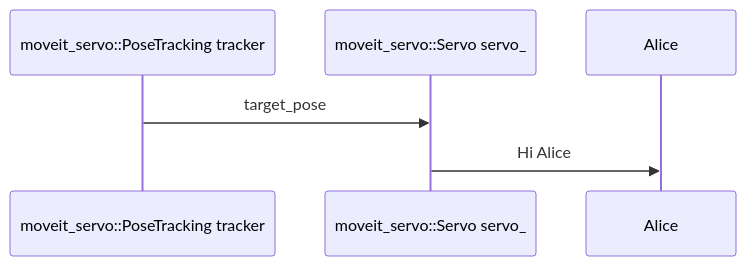
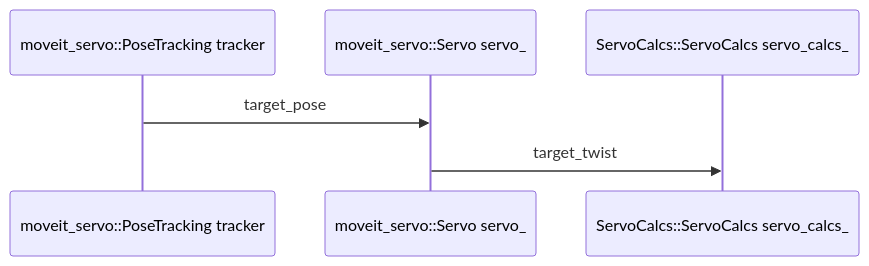
The first of 2 diagrams in docs/day3-4.md (kemjensak/isaac_sim_tutorial), drawn with Mermaid before and after one commit. The commit also changed other lines of this file, not shown here.

````diff
--- a/docs/day3-4.md
+++ b/docs/day3-4.md
@@ -121,8 +121,8 @@
 ```mermaid 
 sequenceDiagram 
 	 participant A as moveit_servo::PoseTracking tracker
 	 participant B as moveit_servo::Servo servo_ 
-	 participant B as moveit_servo::Servo servo_  
+	 participant C as ServoCalcs::ServoCalcs servo_calcs_  
 	 A->>B: target_pose 
-	 B->>Alice: Hi Alice
+	 B->>C: target_twist
 ```
````
